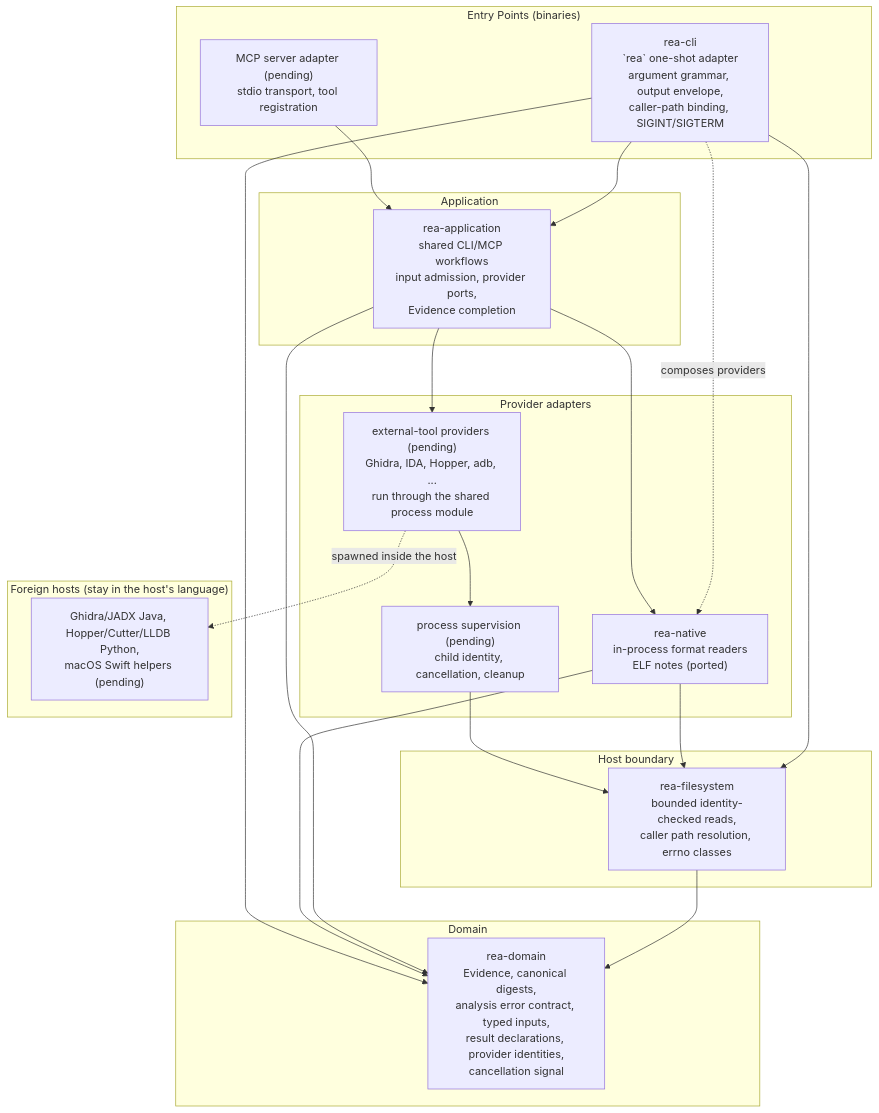
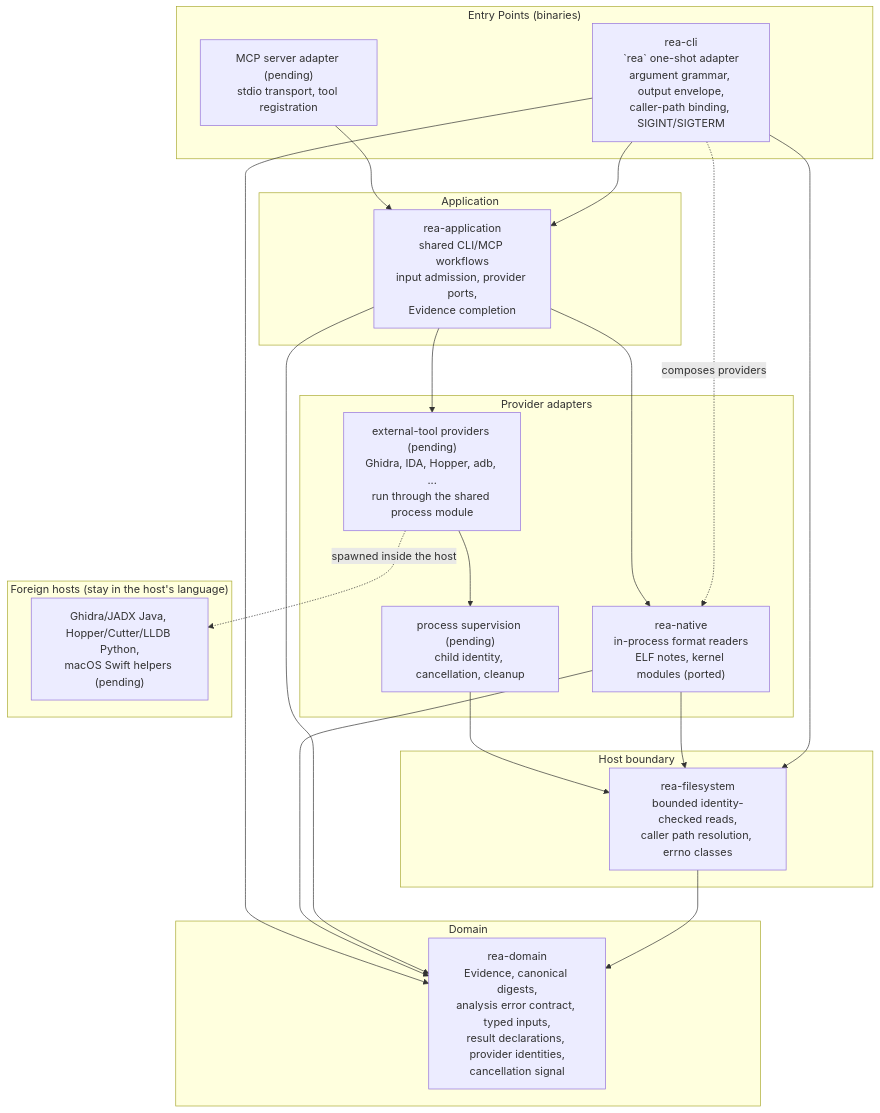
The diagram in docs/architecture.mermaid (juanmaneo/rea-rs), drawn with Mermaid before and after one commit. The commit also changed 30 other files, not shown here.

Commit message:
feat(native): port inspect_kernel_module

```diff
--- a/docs/architecture.mermaid
+++ b/docs/architecture.mermaid
@@ -1,45 +1,45 @@
 graph TD
     %% Crate ownership and dependency direction as built, not a module inventory.
     %% Arrows point from a crate to what it depends on; dependencies flow inward.
     %% Reference composition: upstream:docs/architecture.mermaid.
     subgraph "Entry Points (binaries)"
         CLI["rea-cli<br/>`rea` one-shot adapter<br/>argument grammar, output envelope,<br/>caller-path binding, SIGINT/SIGTERM"]
         MCP["MCP server adapter (pending)<br/>stdio transport, tool registration"]
     end
 
     subgraph "Application"
         APP["rea-application<br/>shared CLI/MCP workflows<br/>input admission, provider ports,<br/>Evidence completion"]
     end
 
     subgraph "Provider adapters"
-        NATIVE["rea-native<br/>in-process format readers<br/>ELF notes (ported)"]
+        NATIVE["rea-native<br/>in-process format readers<br/>ELF notes, kernel modules (ported)"]
         EXTERNAL["external-tool providers (pending)<br/>Ghidra, IDA, Hopper, adb, ...<br/>run through the shared process module"]
         PROCESS["process supervision (pending)<br/>child identity, cancellation, cleanup"]
     end
 
     subgraph "Host boundary"
         FS["rea-filesystem<br/>bounded identity-checked reads,<br/>caller path resolution, errno classes"]
     end
 
     subgraph "Domain"
         DOMAIN["rea-domain<br/>Evidence, canonical digests,<br/>analysis error contract, typed inputs,<br/>result declarations, provider identities,<br/>cancellation signal"]
     end
 
     subgraph "Foreign hosts (stay in the host's language)"
         BRIDGES["Ghidra/JADX Java, Hopper/Cutter/LLDB Python,<br/>macOS Swift helpers (pending)"]
     end
 
     CLI --> APP
     CLI -. "composes providers" .-> NATIVE
     CLI --> FS
     MCP --> APP
     APP --> NATIVE
     APP --> EXTERNAL
     EXTERNAL --> PROCESS
     EXTERNAL -. "spawned inside the host" .-> BRIDGES
     NATIVE --> FS
     PROCESS --> FS
     FS --> DOMAIN
     APP --> DOMAIN
     NATIVE --> DOMAIN
     CLI --> DOMAIN
```
